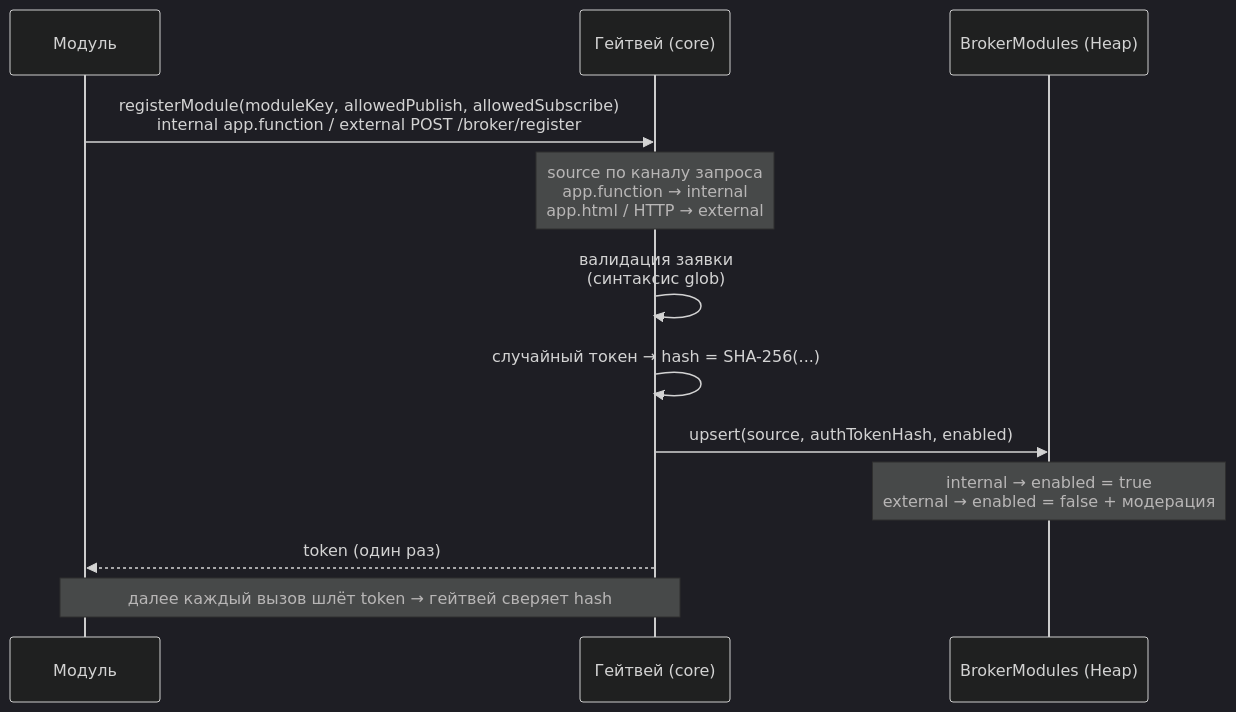
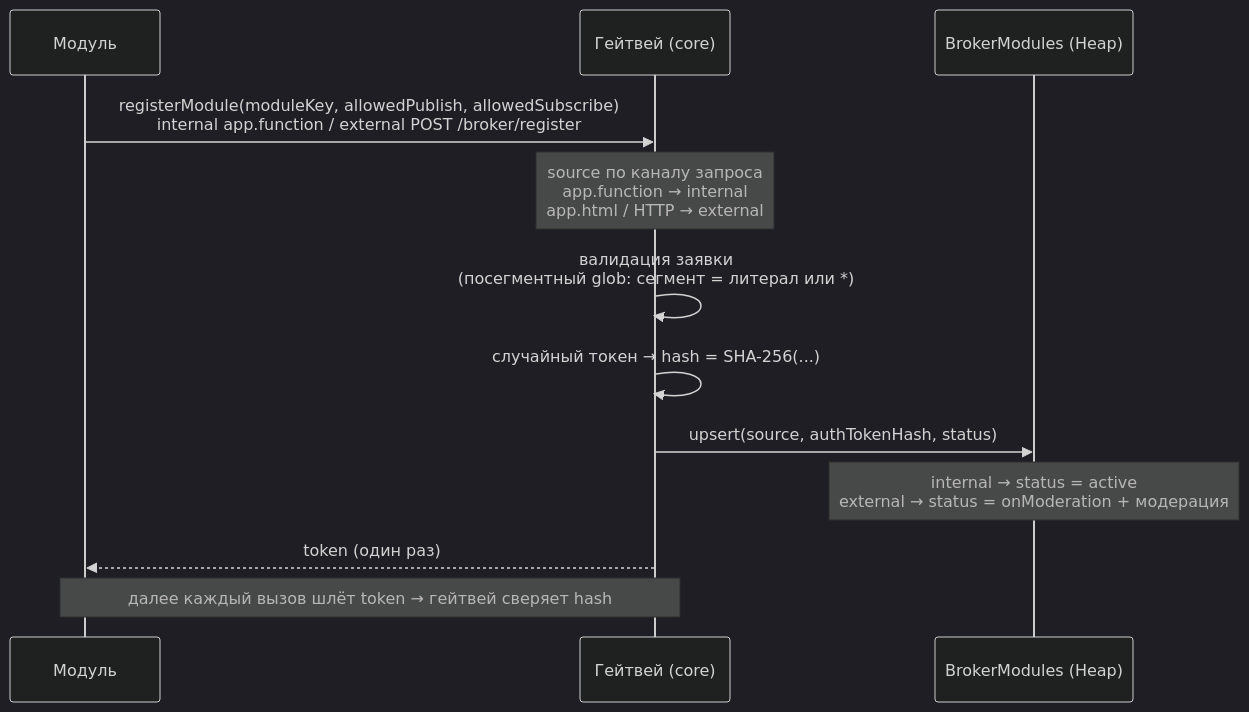
Before and after one commit to andrey-khudoley/Chatium: the fourth of 7 diagrams in s.chtm.khudoley.pro/p/units/aley/bpm/core/docs/spec/spec-map.md, drawn with Mermaid (dark theme). The commit also changed other lines of this file and 4 other files, not shown here.

````diff
--- a/s.chtm.khudoley.pro/p/units/aley/bpm/core/docs/spec/spec-map.md
+++ b/s.chtm.khudoley.pro/p/units/aley/bpm/core/docs/spec/spec-map.md
@@ -148,15 +143,15 @@
 ```mermaid
 sequenceDiagram
   participant M as Модуль
   participant G as Гейтвей (core)
   participant DB as BrokerModules (Heap)
 
   M->>G: registerModule(moduleKey, allowedPublish, allowedSubscribe)<br/>internal app.function / external POST /broker/register
   Note over G: source по каналу запроса<br/>app.function → internal<br/>app.html / HTTP → external
-  G->>G: валидация заявки<br/>(синтаксис glob)
+  G->>G: валидация заявки<br/>(посегментный glob: сегмент = литерал или *)
   G->>G: случайный токен → hash = SHA-256(...)
-  G->>DB: upsert(source, authTokenHash, enabled)
-  Note over DB: internal → enabled = true<br/>external → enabled = false + модерация
+  G->>DB: upsert(source, authTokenHash, status)
+  Note over DB: internal → status = active<br/>external → status = onModeration + модерация
   G-->>M: token (один раз)
   Note over M,G: далее каждый вызов шлёт token → гейтвей сверяет hash
 ```
````
